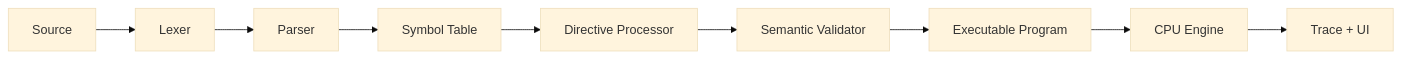
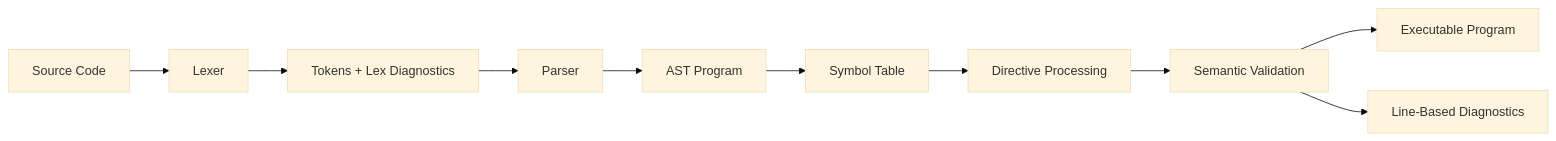
One commit to Abubakkar-Khan/Sketch86 changed the second of 5 diagrams in README.md. Above: the diagram before and after it, drawn with Mermaid (base theme). The commit also changed other lines of this file, not shown here.

````diff
--- a/README.md
+++ b/README.md
@@ -30,11 +179,12 @@
 ```mermaid
 flowchart LR
-  A["Source"] --> B["Lexer"]
-  B --> C["Parser"]
-  C --> D["Symbol Table"]
-  D --> E["Directive Processor"]
-  E --> F["Semantic Validator"]
-  F --> G["Executable Program"]
-  G --> H["CPU Engine"]
-  H --> I["Trace + UI"]
+  Source["Source Code"] --> Lexer["Lexer"]
+  Lexer --> Tokens["Tokens + Lex Diagnostics"]
+  Tokens --> Parser["Parser"]
+  Parser --> AST["AST Program"]
+  AST --> Symbols["Symbol Table"]
+  Symbols --> Directives["Directive Processing"]
+  Directives --> Validation["Semantic Validation"]
+  Validation --> Program["Executable Program"]
+  Validation --> Diagnostics["Line-Based Diagnostics"]
 ```
````
